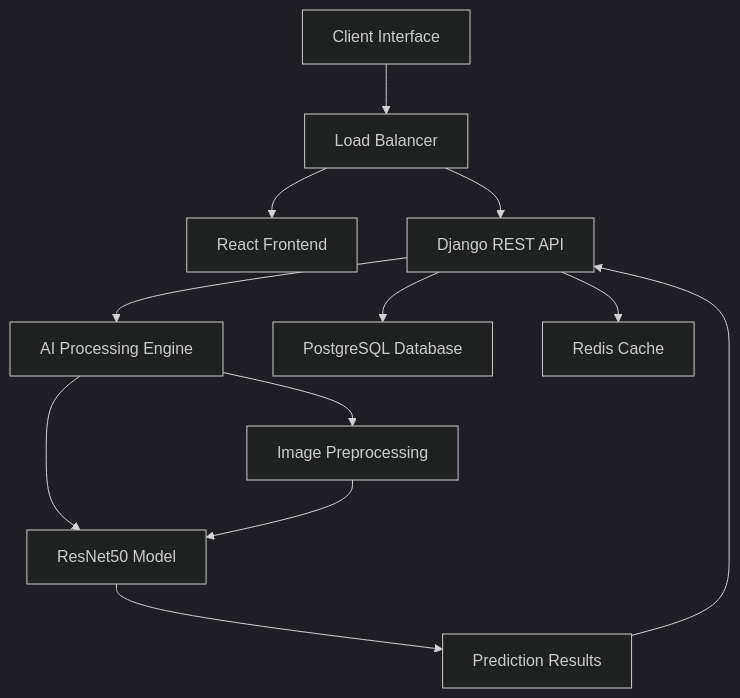
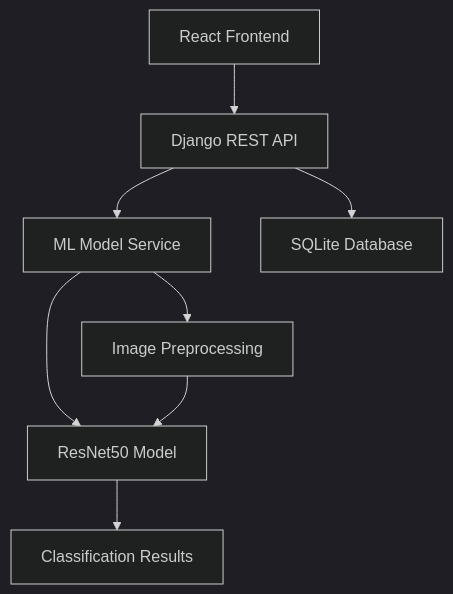
The diagram in Readme.md (abdeladime2003/AI-Media-Authenticity-Detector), drawn with Mermaid (dark theme) before and after one commit. The commit also changed other lines of this file, not shown here.

````diff
--- a/Readme.md
+++ b/Readme.md
@@ -98,14 +95,10 @@
 ```mermaid
 graph TB
-    A[Client Interface] --> B[Load Balancer]
-    B --> C[React Frontend]
-    B --> D[Django REST API]
-    D --> E[AI Processing Engine]
-    D --> F[PostgreSQL Database]
-    D --> G[Redis Cache]
-    E --> H[ResNet50 Model]
-    E --> I[Image Preprocessing]
-    H --> J[Prediction Results]
-    I --> H
-    J --> D
+    A[React Frontend] --> B[Django REST API]
+    B --> C[ML Model Service]
+    B --> D[SQLite Database]
+    C --> E[ResNet50 Model]
+    C --> F[Image Preprocessing]
+    F --> E
+    E --> G[Classification Results]
 ```
````
